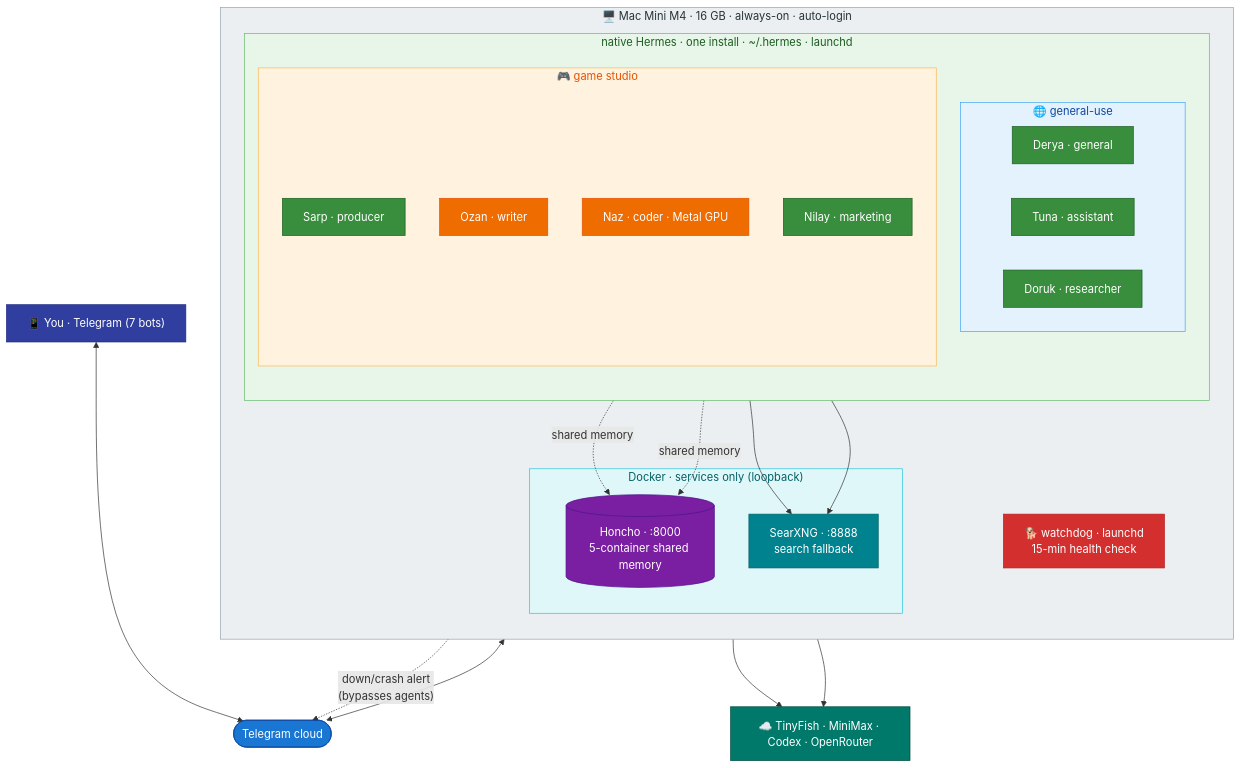
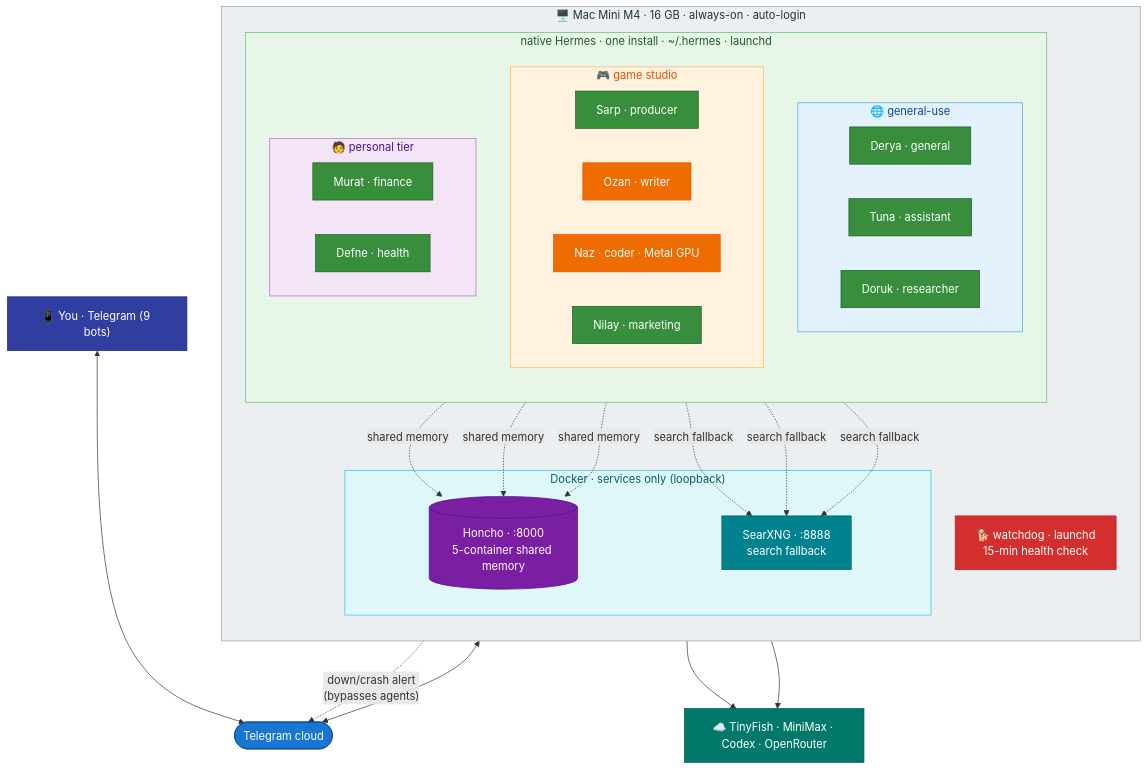
Before and after one commit to mpolatcan/hermes-setup: the first of 5 diagrams in README.md, drawn with Mermaid. The commit also changed other lines of this file and 2 other files, not shown here.

First line of the commit message:
docs: fleet is 9 (add personal tier to diagram) + Telegram streaming on

````diff
--- a/README.md
+++ b/README.md
@@ -13,53 +13,60 @@
 ```mermaid
 flowchart TB
-    you["📱 You · Telegram (7 bots)"]:::user
+    you["📱 You · Telegram (9 bots)"]:::user
     you <--> tg(["Telegram cloud"]):::net
 
     subgraph mini["🖥️ Mac Mini M4 · 16 GB · always-on · auto-login"]
         direction TB
         subgraph hermes["native Hermes · one install · ~/.hermes · launchd"]
             direction TB
             subgraph gen["🌐 general-use"]
                 Derya["Derya · general"]:::mini
                 Tuna["Tuna · assistant"]:::mini
                 Doruk["Doruk · researcher"]:::mini
             end
             subgraph studio["🎮 game studio"]
                 Sarp["Sarp · producer"]:::mini
                 Ozan["Ozan · writer"]:::codex
                 Naz["Naz · coder · Metal GPU"]:::codex
                 Nilay["Nilay · marketing"]:::mini
             end
+            subgraph personal["🧑 personal tier"]
+                Murat["Murat · finance"]:::mini
+                Defne["Defne · health"]:::mini
+            end
         end
         wd["🐕 watchdog · launchd<br/>15-min health check"]:::wd
         subgraph svc["Docker · services only (loopback)"]
             Honcho[("Honcho · :8000<br/>5-container shared memory")]:::infra
             SearXNG["SearXNG · :8888<br/>search fallback"]:::svc
         end
     end
 
     tg <--> hermes
     gen -. shared memory .-> Honcho
     studio -. shared memory .-> Honcho
-    gen --> SearXNG
-    Nilay --> SearXNG
+    personal -. shared memory .-> Honcho
+    gen -. "search fallback" .-> SearXNG
+    studio -. "search fallback" .-> SearXNG
+    personal -. "search fallback" .-> SearXNG
     wd -. "down/crash alert<br/>(bypasses agents)" .-> tg
 
     ext["☁️ TinyFish · MiniMax · Codex · OpenRouter"]:::ext
     hermes --> ext
     Honcho --> ext
 
     classDef user fill:#303F9F,stroke:#1A237E,color:#fff
     classDef net fill:#1976D2,stroke:#0D47A1,color:#fff
     classDef mini fill:#388E3C,stroke:#1B5E20,color:#fff
     classDef codex fill:#EF6C00,stroke:#E65100,color:#fff
     classDef infra fill:#7B1FA2,stroke:#4A148C,color:#fff
     classDef svc fill:#00838F,stroke:#006064,color:#fff
     classDef ext fill:#00796B,stroke:#004D40,color:#fff
     classDef wd fill:#D32F2F,stroke:#B71C1C,color:#fff
     style mini fill:#ECEFF1,stroke:#90A4AE,color:#263238
     style hermes fill:#E8F5E9,stroke:#66BB6A,color:#1B5E20
     style gen fill:#E3F2FD,stroke:#42A5F5,color:#0D47A1
     style studio fill:#FFF3E0,stroke:#FFB74D,color:#E65100
+    style personal fill:#F3E5F5,stroke:#BA68C8,color:#4A148C
     style svc fill:#E0F7FA,stroke:#26C6DA,color:#006064
 ```
````
